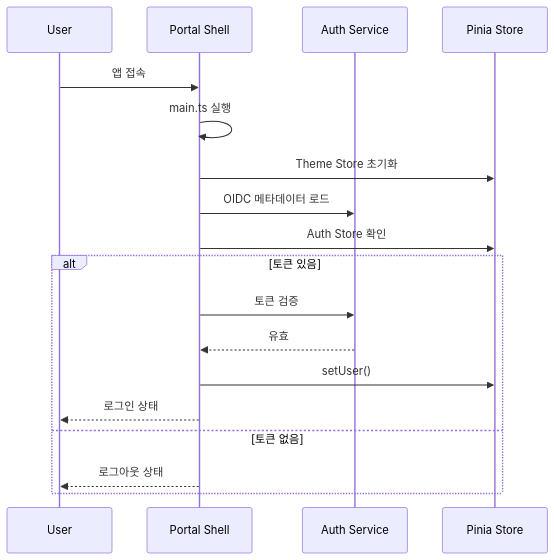
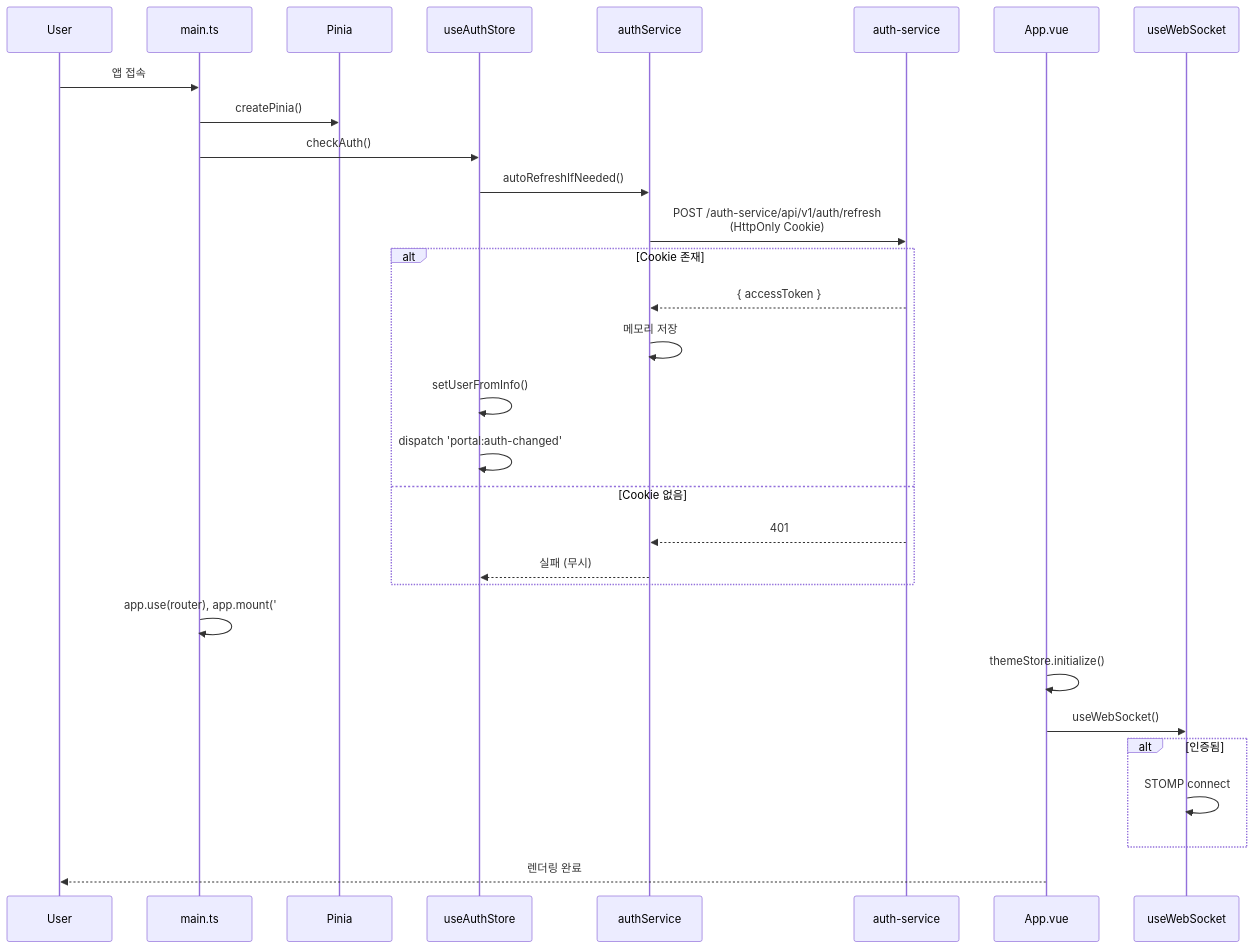
The second of 2 diagrams in docs/architecture/portal-shell/system-overview.md (L-a-z-e/portal-universe), drawn with Mermaid before and after one commit. The commit also changed other lines of this file and 5 other files, not shown here.

First line of the commit message:
docs(architecture): rewrite portal-shell docs to match actual codebase

````diff
--- a/docs/architecture/portal-shell/system-overview.md
+++ b/docs/architecture/portal-shell/system-overview.md
@@ -235,21 +136,33 @@
 ```mermaid
 sequenceDiagram
     participant User
-    participant PS as Portal Shell
-    participant AS as Auth Service
-    participant Store as Pinia Store
+    participant Main as main.ts
+    participant Pinia
+    participant AuthStore as useAuthStore
+    participant AS as authService
+    participant Backend as auth-service
+    participant App as App.vue
+    participant WS as useWebSocket
 
-    User->>PS: 앱 접속
-    PS->>PS: main.ts 실행
-    PS->>Store: Theme Store 초기화
-    PS->>AS: OIDC 메타데이터 로드
-    PS->>Store: Auth Store 확인
-    alt 토큰 있음
-        PS->>AS: 토큰 검증
-        AS-->>PS: 유효
-        PS->>Store: setUser()
-        PS-->>User: 로그인 상태
-    else 토큰 없음
-        PS-->>User: 로그아웃 상태
+    User->>Main: 앱 접속
+    Main->>Pinia: createPinia()
+    Main->>AuthStore: checkAuth()
+    AuthStore->>AS: autoRefreshIfNeeded()
+    AS->>Backend: POST /auth-service/api/v1/auth/refresh<br/>(HttpOnly Cookie)
+    alt Cookie 존재
+        Backend-->>AS: { accessToken }
+        AS->>AS: 메모리 저장
+        AuthStore->>AuthStore: setUserFromInfo()
+        AuthStore->>AuthStore: dispatch 'portal:auth-changed'
+    else Cookie 없음
+        Backend-->>AS: 401
+        AS-->>AuthStore: 실패 (무시)
     end
+    Main->>Main: app.use(router), app.mount('#app')
+    App->>App: themeStore.initialize()
+    App->>WS: useWebSocket()
+    alt 인증됨
+        WS->>WS: STOMP connect
+    end
+    App-->>User: 렌더링 완료
 ```
````
